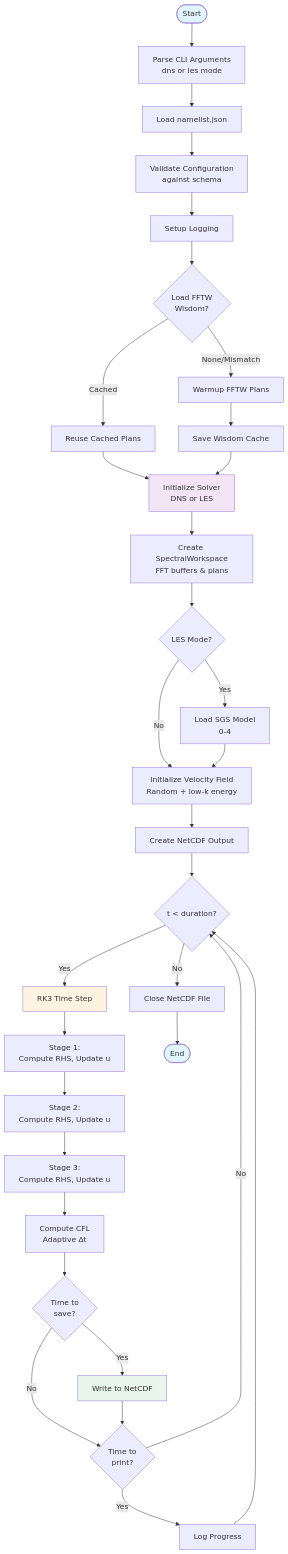
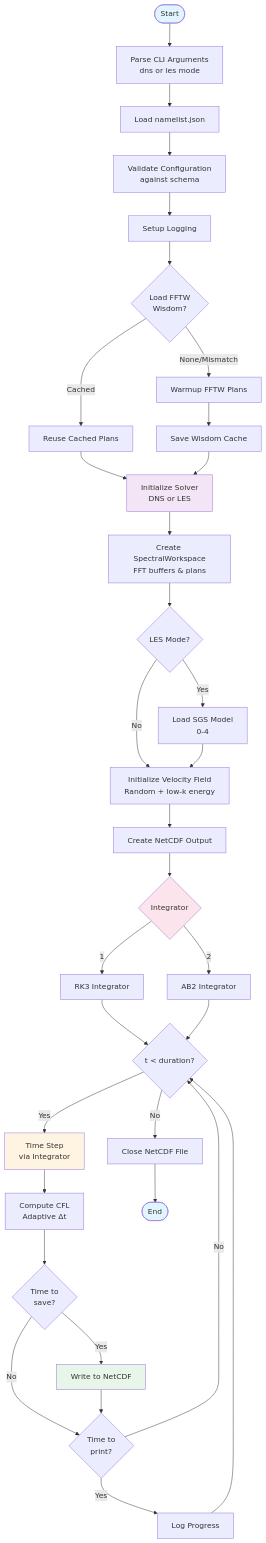
The second of 7 diagrams in docs/architecture.md (jeremygibbs/pyburgers), drawn with Mermaid before and after one commit. The commit also changed other lines of this file and 11 other files, not shown here.

````diff
--- a/docs/architecture.md
+++ b/docs/architecture.md
@@ -76,49 +86,55 @@
 ```mermaid
 flowchart TD
     Start([Start]) --> Parse[Parse CLI Arguments<br/>dns or les mode]
     Parse --> Load[Load namelist.json]
     Load --> Validate[Validate Configuration<br/>against schema]
     Validate --> Setup[Setup Logging]
     Setup --> LoadWisdom{Load FFTW<br/>Wisdom?}
 
     LoadWisdom -->|Cached| Reuse[Reuse Cached Plans]
     LoadWisdom -->|None/Mismatch| Warmup[Warmup FFTW Plans]
 
     Reuse --> InitSolver
     Warmup --> SaveWisdom[Save Wisdom Cache]
     SaveWisdom --> InitSolver
 
     InitSolver[Initialize Solver<br/>DNS or LES] --> CreateWorkspace[Create SpectralWorkspace<br/>FFT buffers & plans]
     CreateWorkspace --> InitSGS{LES Mode?}
 
     InitSGS -->|Yes| LoadSGS[Load SGS Model<br/>0-4]
     InitSGS -->|No| InitIC
     LoadSGS --> InitIC
 
     InitIC[Initialize Velocity Field<br/>Random + low-k energy] --> CreateOutput[Create NetCDF Output]
-    CreateOutput --> TimeLoop{t < duration?}
+    CreateOutput --> SelectIntegrator{Integrator}
 
-    TimeLoop -->|Yes| RK3Step[RK3 Time Step]
-    RK3Step --> Stage1[Stage 1:<br/>Compute RHS, Update u]
-    Stage1 --> Stage2[Stage 2:<br/>Compute RHS, Update u]
-    Stage2 --> Stage3[Stage 3:<br/>Compute RHS, Update u]
-    Stage3 --> ComputeCFL[Compute CFL<br/>Adaptive Δt]
+    SelectIntegrator -->|1| UseRK3[RK3 Integrator]
+    SelectIntegrator -->|2| UseAB2[AB2 Integrator]
+
+    UseRK3 --> TimeLoop
+    UseAB2 --> TimeLoop
+
+    TimeLoop{t < duration?}
+
+    TimeLoop -->|Yes| TimeStep[Time Step<br/>via Integrator]
+    TimeStep --> ComputeCFL[Compute CFL<br/>Adaptive Δt]
     ComputeCFL --> CheckSave{Time to<br/>save?}
 
     CheckSave -->|Yes| WriteNC[Write to NetCDF]
     CheckSave -->|No| CheckPrint
     WriteNC --> CheckPrint{Time to<br/>print?}
 
     CheckPrint -->|Yes| LogProgress[Log Progress]
     CheckPrint -->|No| TimeLoop
     LogProgress --> TimeLoop
 
     TimeLoop -->|No| CloseOutput[Close NetCDF File]
     CloseOutput --> End([End])
 
     style Start fill:#e1f5ff
     style End fill:#e1f5ff
-    style RK3Step fill:#fff4e1
+    style TimeStep fill:#fff4e1
+    style SelectIntegrator fill:#fce4ec
     style WriteNC fill:#e8f5e9
     style InitSolver fill:#f3e5f5
 ```
````
